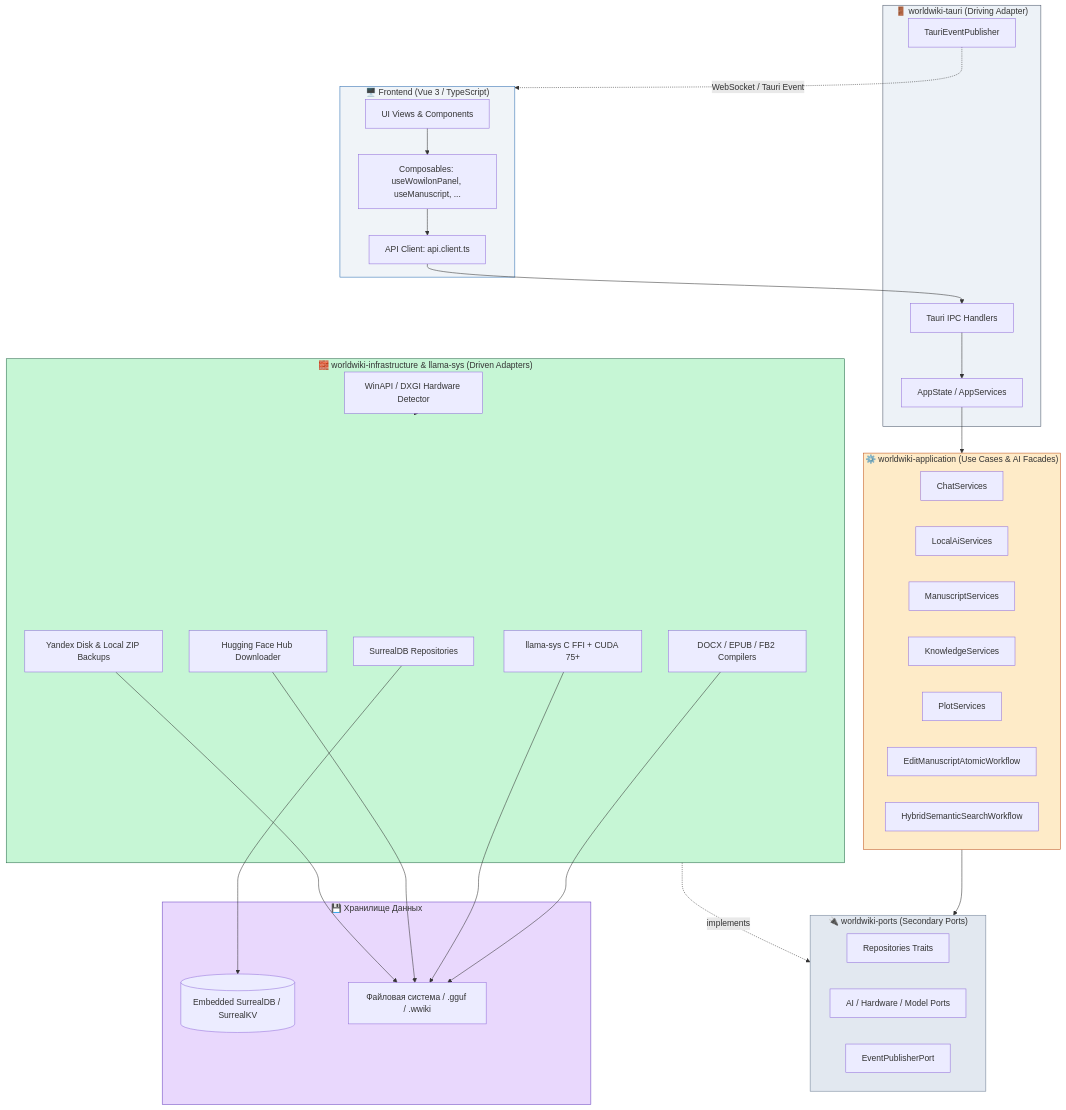
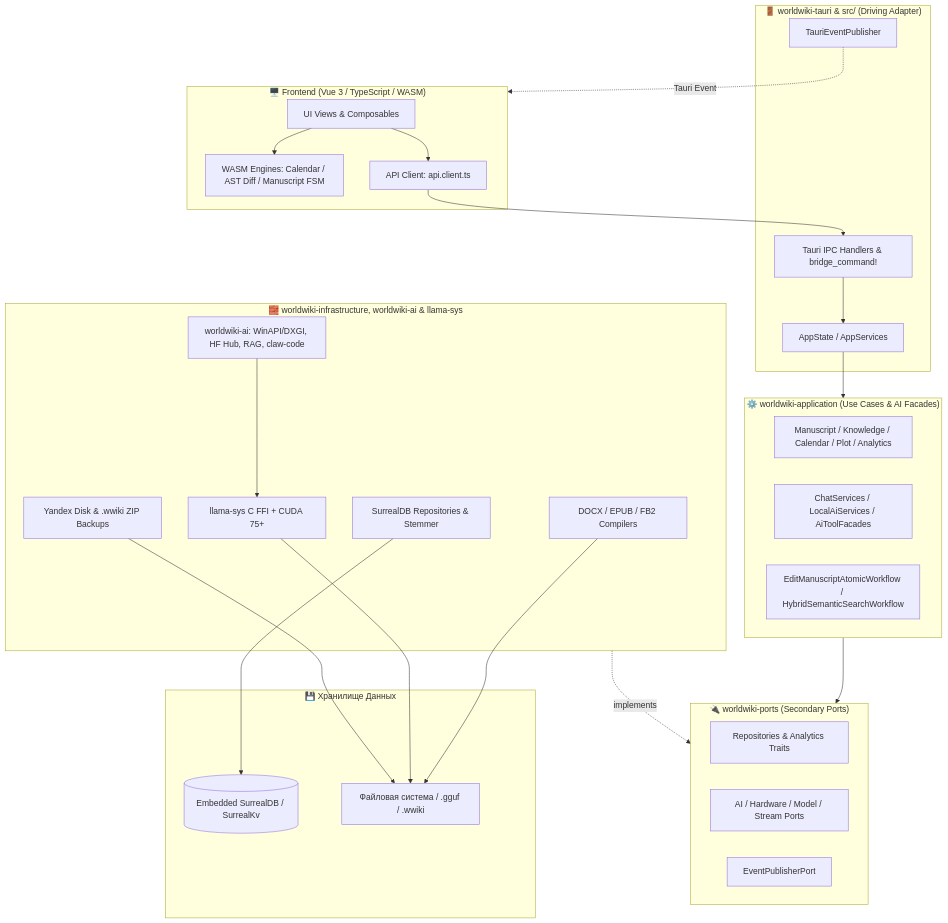
One commit to nagisokyn-prog/WorldWiki changed the diagram in src-tauri/README_src-tauri.md. Above: the diagram before and after it, drawn with Mermaid. The commit also changed other lines of this file and 46 other files, not shown here.

````diff
--- a/src-tauri/README_src-tauri.md
+++ b/src-tauri/README_src-tauri.md
@@ -276,69 +99,56 @@
 ```mermaid
 flowchart TD
-    subgraph Frontend["🖥️ Frontend (Vue 3 / TypeScript)"]
-        UI[UI Views & Components]
-        Composables[Composables: useWowilonPanel, useManuscript, ...]
+    subgraph Frontend["🖥️ Frontend (Vue 3 / TypeScript / WASM)"]
+        UI[UI Views & Composables]
+        WASM[WASM Engines: Calendar / AST Diff / Manuscript FSM]
         APIClient[API Client: api.client.ts]
     end
 
-    subgraph TauriAdapter["🚪 worldwiki-tauri (Driving Adapter)"]
-        IPC[Tauri IPC Handlers]
+    subgraph TauriAdapter["🚪 worldwiki-tauri & src/ (Driving Adapter)"]
+        IPC[Tauri IPC Handlers & bridge_command!]
         AppStateContainer[AppState / AppServices]
         TauriEvents[TauriEventPublisher]
     end
 
     subgraph AppCore["⚙️ worldwiki-application (Use Cases & AI Facades)"]
-        ChatSvc[ChatServices]
-        LocalAiSvc[LocalAiServices]
-        ManuscriptSvc[ManuscriptServices]
-        KnowledgeSvc[KnowledgeServices]
-        PlotSvc[PlotServices]
-        AtomicWorkflow[EditManuscriptAtomicWorkflow]
-        SearchWorkflow[HybridSemanticSearchWorkflow]
+        DomainSvc[Manuscript / Knowledge / Calendar / Plot / Analytics]
+        AiSvc[ChatServices / LocalAiServices / AiToolFacades]
+        Workflows[EditManuscriptAtomicWorkflow / HybridSemanticSearchWorkflow]
     end
 
     subgraph Ports["🔌 worldwiki-ports (Secondary Ports)"]
-        RepoTraits[Repositories Traits]
-        AiTraits[AI / Hardware / Model Ports]
+        RepoTraits[Repositories & Analytics Traits]
+        AiTraits[AI / Hardware / Model / Stream Ports]
         EventPort[EventPublisherPort]
     end
 
-    subgraph Infra["🧱 worldwiki-infrastructure & llama-sys (Driven Adapters)"]
-        SurrealRepos[SurrealDB Repositories]
+    subgraph Infra["🧱 worldwiki-infrastructure, worldwiki-ai & llama-sys"]
+        SurrealRepos[SurrealDB Repositories & Stemmer]
         DocGenerators[DOCX / EPUB / FB2 Compilers]
-        HardwareDetect[WinAPI / DXGI Hardware Detector]
+        AiRuntime[worldwiki-ai: WinAPI/DXGI, HF Hub, RAG, claw-code]
         LlamaCuda[llama-sys C FFI + CUDA 75+]
-        HFHub[Hugging Face Hub Downloader]
-        CloudStorage[Yandex Disk & Local ZIP Backups]
+        CloudStorage[Yandex Disk & .wwiki ZIP Backups]
     end
 
     subgraph DB["💾 Хранилище Данных"]
-        SurrealEngine[(Embedded SurrealDB / SurrealKV)]
+        SurrealEngine[(Embedded SurrealDB / SurrealKv)]
         DiskFiles[Файловая система / .gguf / .wwiki]
     end
 
-    UI --> Composables
-    Composables --> APIClient
+    UI --> WASM
+    UI --> APIClient
     APIClient --> IPC
     IPC --> AppStateContainer
     AppStateContainer --> AppCore
 
     AppCore --> Ports
     Infra -.->|implements| Ports
 
     SurrealRepos --> SurrealEngine
     DocGenerators --> DiskFiles
-    HardwareDetect --> Infra
+    AiRuntime --> LlamaCuda
     LlamaCuda --> DiskFiles
-    HFHub --> DiskFiles
     CloudStorage --> DiskFiles
 
-    TauriEvents -.->|WebSocket / Tauri Event| Frontend
-
-    style Frontend fill:#f0f4f8,stroke:#2b6cb0
-    style TauriAdapter fill:#edf2f7,stroke:#4a5568
-    style AppCore fill:#feebc8,stroke:#c05621
-    style Ports fill:#e2e8f0,stroke:#718096
-    style Infra fill:#c6f6d5,stroke:#276749
-    style DB fill:#e9d8fd,stroke:#6b46c1
+    TauriEvents -.->|Tauri Event| Frontend
 ```
````
